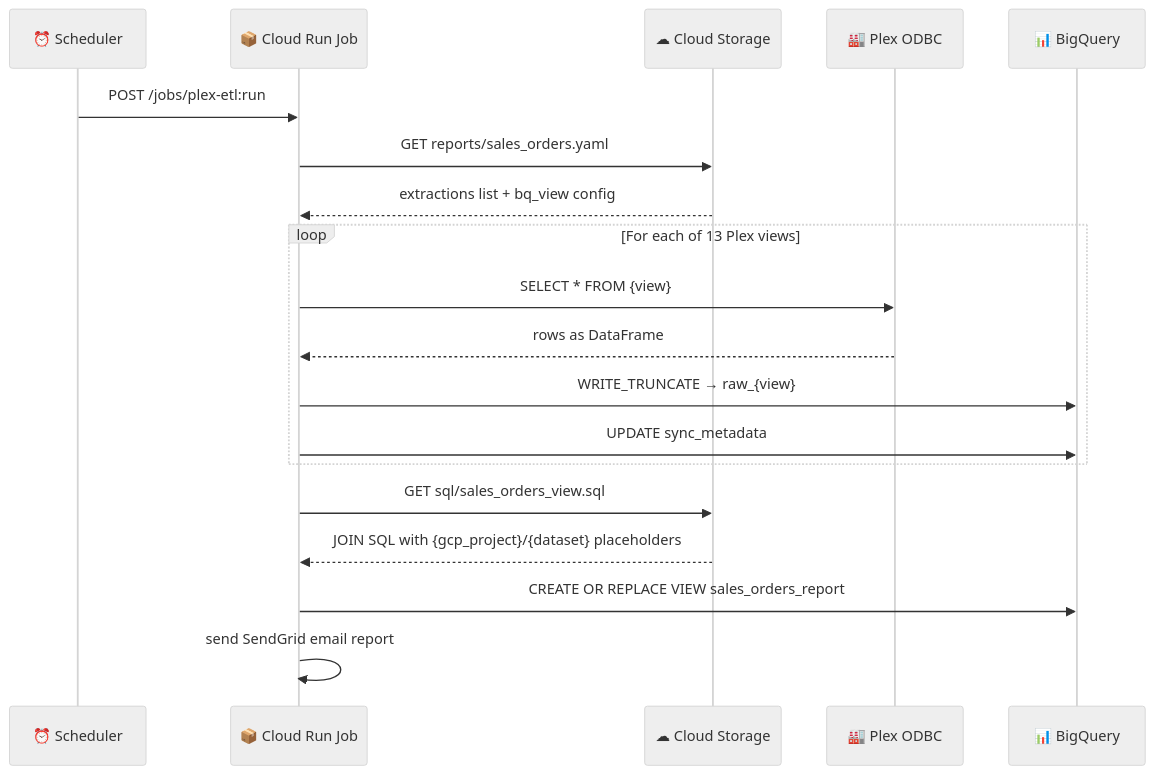
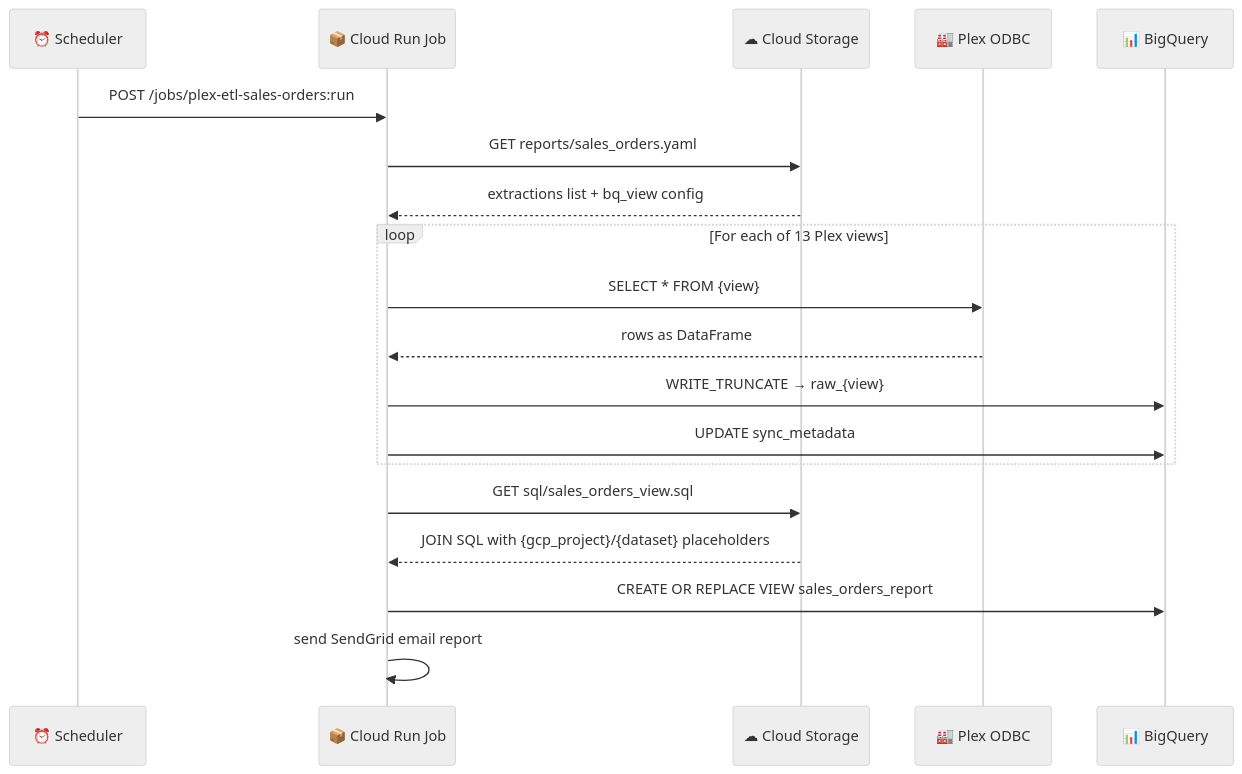
One commit to Parasol-Group-Inc/plex-to-big-query changed the third of 3 diagrams in docs/CHEATSHEET.md. Above: the diagram before and after it, drawn with Mermaid (neutral theme). The commit also changed other lines of this file and 94 other files, not shown here.

````diff
--- a/docs/CHEATSHEET.md
+++ b/docs/CHEATSHEET.md
@@ -141,22 +149,22 @@
 ```mermaid
 sequenceDiagram
     participant SCHED as ⏰ Scheduler
     participant CR as 📦 Cloud Run Job
     participant GCS as ☁ Cloud Storage
     participant PLEX as 🏭 Plex ODBC
     participant BQ as 📊 BigQuery
 
-    SCHED->>CR: POST /jobs/plex-etl:run
+    SCHED->>CR: POST /jobs/plex-etl-sales-orders:run
     CR->>GCS: GET reports/sales_orders.yaml
     GCS-->>CR: extractions list + bq_view config
     loop For each of 13 Plex views
         CR->>PLEX: SELECT * FROM {view}
         PLEX-->>CR: rows as DataFrame
         CR->>BQ: WRITE_TRUNCATE → raw_{view}
         CR->>BQ: UPDATE sync_metadata
     end
     CR->>GCS: GET sql/sales_orders_view.sql
     GCS-->>CR: JOIN SQL with {gcp_project}/{dataset} placeholders
     CR->>BQ: CREATE OR REPLACE VIEW sales_orders_report
     CR->>CR: send SendGrid email report
 ```
````
